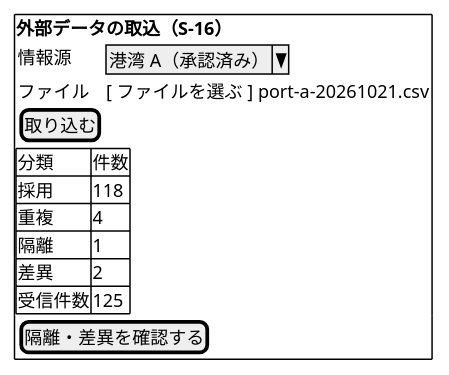
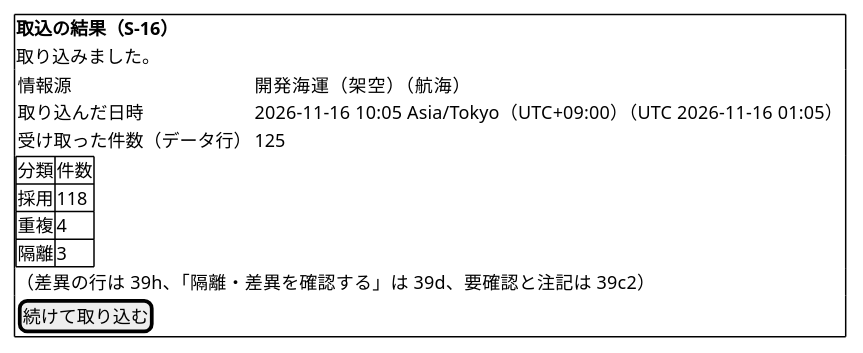
Before and after one commit to k2works/practical-domain-driven-design-in-enterpris-application: diagram 49 of 49 in docs/design/cargo-tracker/ui_design.md, drawn with PlantUML. The commit also changed other lines of this file and 9 other files, not shown here.

````diff
--- a/docs/design/cargo-tracker/ui_design.md
+++ b/docs/design/cargo-tracker/ui_design.md
@@ -1744,21 +1790,21 @@
 ```plantuml
 @startsalt
 {+
-  <b>外部データの取込（S-16）
+  <b>取込の結果（S-16）
+  取り込みました。
   {
-    情報源 | ^港湾 A（承認済み）^
-    ファイル | [ ファイルを選ぶ ] port-a-20261021.csv
-    [ 取り込む ]
+    情報源 | 開発海運（架空）（航海）
+    取り込んだ日時 | 2026-11-16 10:05 Asia/Tokyo（UTC+09:00）（UTC 2026-11-16 01:05）
+    受け取った件数（データ行） | 125
   }
   {#
     分類 | 件数
     採用 | 118
     重複 | 4
-    隔離 | 1
-    差異 | 2
-    受信件数 | 125
+    隔離 | 3
   }
-  { [ 隔離・差異を確認する ] }
+  （差異の行は 39h、「隔離・差異を確認する」は 39d、要確認と注記は 39c2）
+  [ 続けて取り込む ]
 }
 @endsalt
 ```
````
